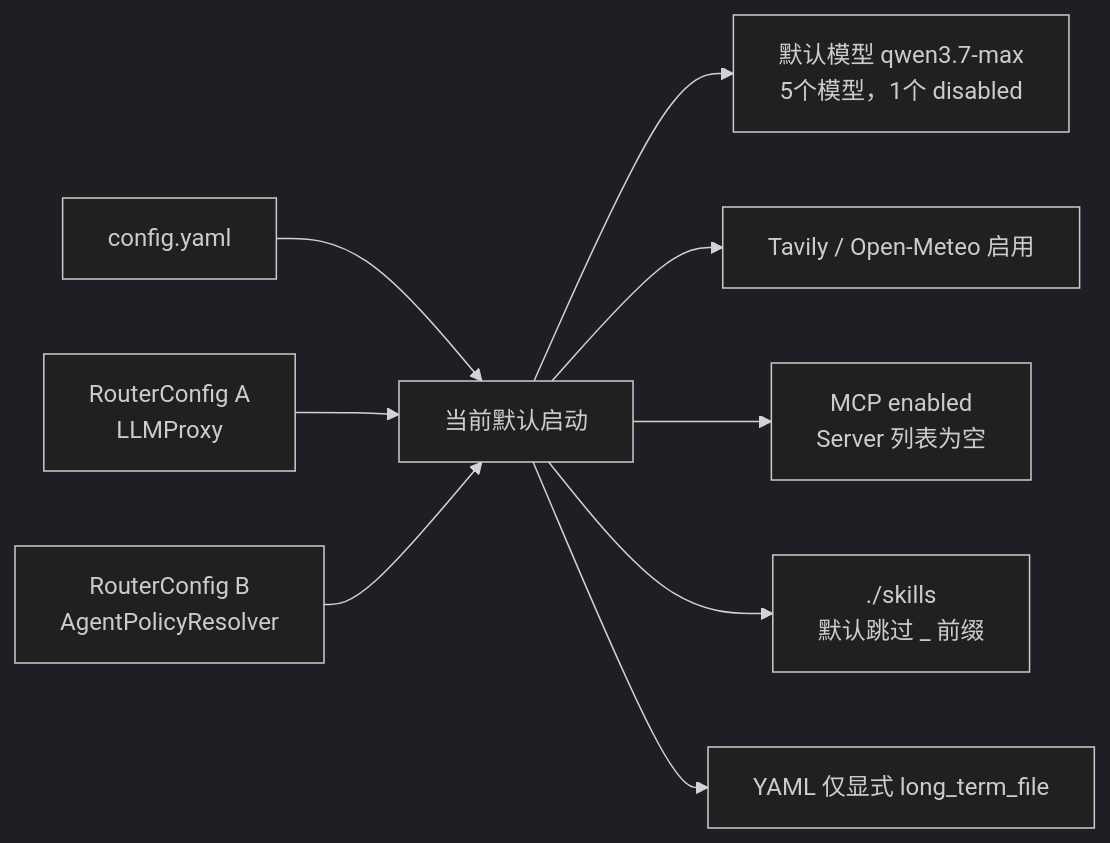
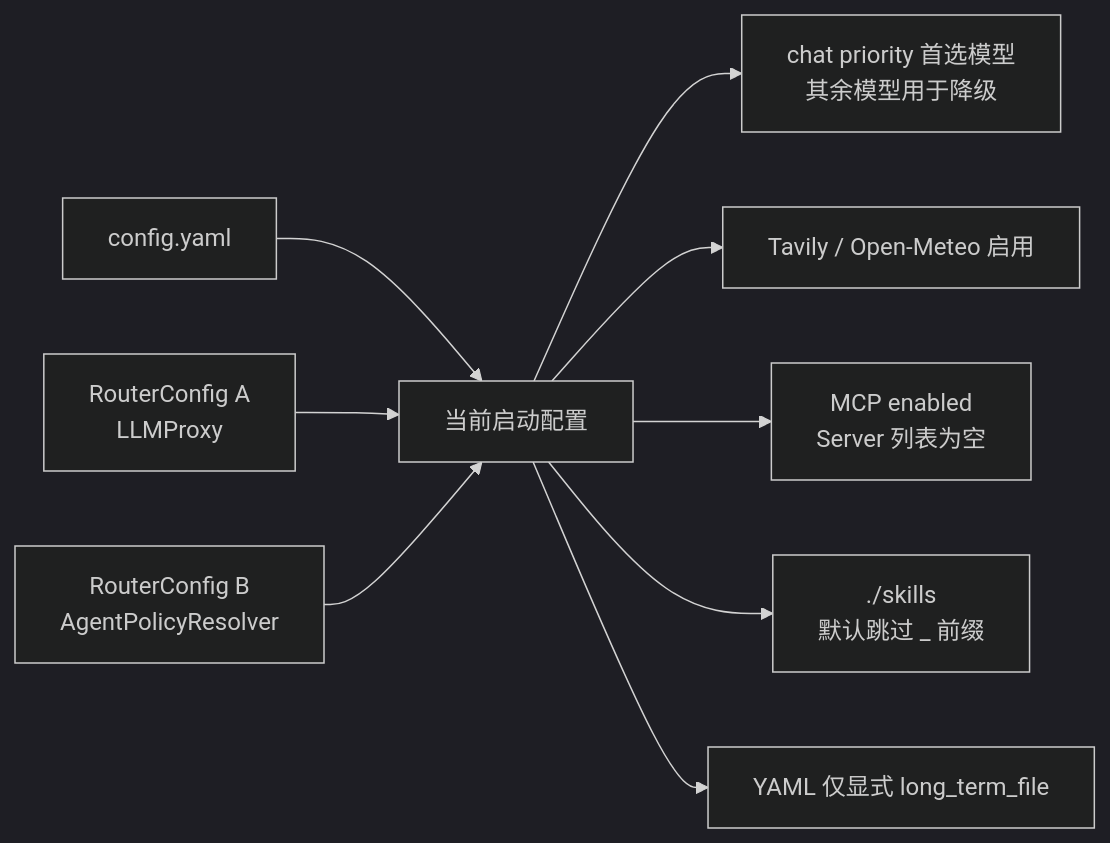
One commit to aandbcct/dotClaw changed diagram 17 of 22 in docs/wiki/Config 模块总体说明.md. Above: the diagram before and after it, drawn with Mermaid (dark theme). The commit also changed other lines of this file and 45 other files, not shown here.

````diff
--- a/docs/wiki/Config 模块总体说明.md
+++ b/docs/wiki/Config 模块总体说明.md
@@ -1551,17 +1537,17 @@
 ```mermaid
 flowchart LR
     Main["config.yaml"]
     RouterA["RouterConfig A<br/>LLMProxy"]
     RouterB["RouterConfig B<br/>AgentPolicyResolver"]
-    Effective["当前默认启动"]
+    Effective["当前启动配置"]
 
     Main --> Effective
     RouterA --> Effective
     RouterB --> Effective
 
-    Effective --> Models["默认模型 qwen3.7-max<br/>5个模型，1个 disabled"]
+    Effective --> Models["chat priority 首选模型<br/>其余模型用于降级"]
     Effective --> Net["Tavily / Open-Meteo 启用"]
     Effective --> MCP["MCP enabled<br/>Server 列表为空"]
     Effective --> Skills["./skills<br/>默认跳过 _ 前缀"]
     Effective --> Memory["YAML 仅显式 long_term_file"]
 ```
````
